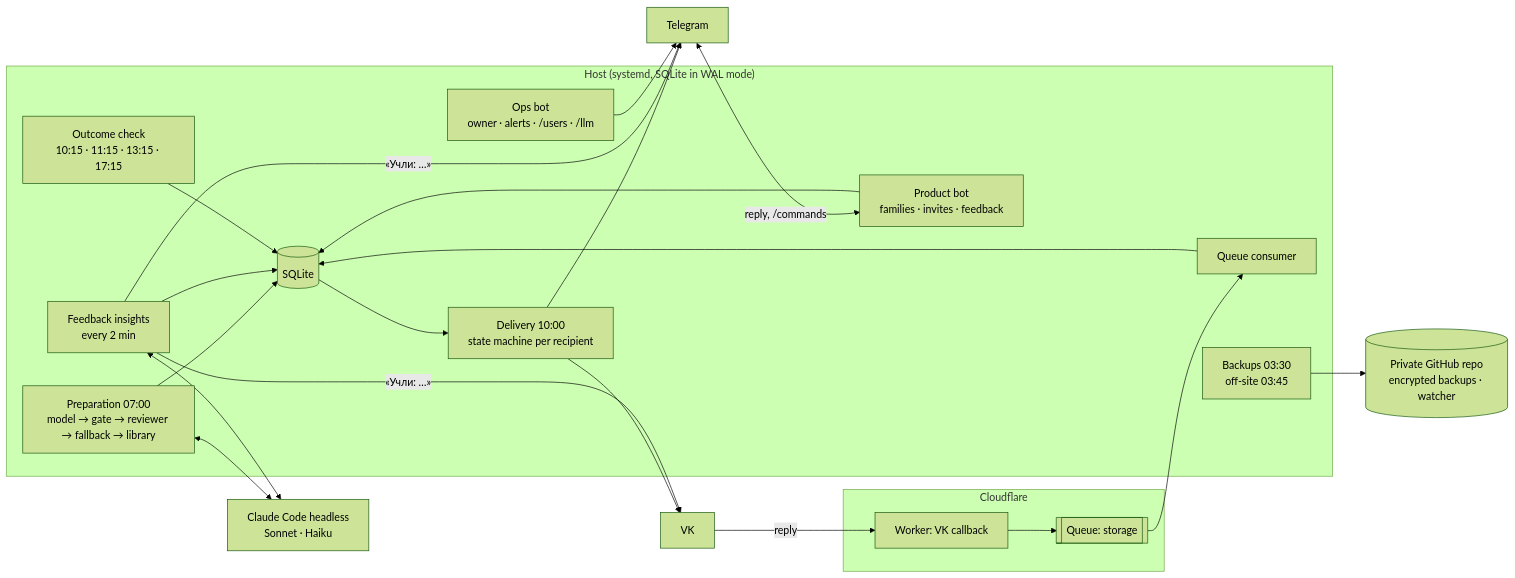
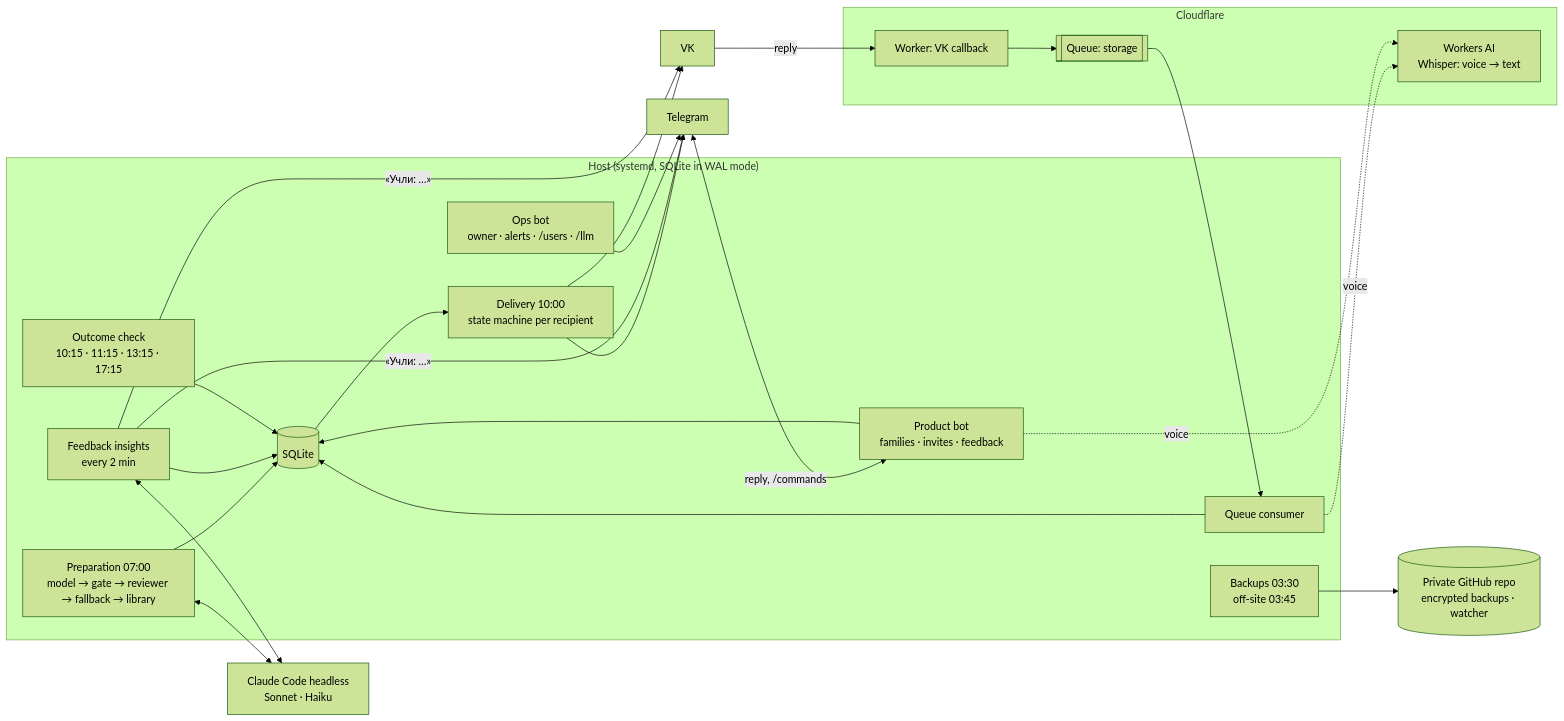
One commit to LukshinVI/game-of-the-day changed the diagram in docs/architecture.md. Above: the diagram before and after it, drawn with Mermaid (forest theme). The commit also changed other lines of this file, not shown here.

Commit message:
docs: architecture matches 2.0 (schema 21, insights every 2 min, cards, buttons, voice, context, album)

````diff
--- a/docs/architecture.md
+++ b/docs/architecture.md
@@ -9,34 +9,36 @@
 ```mermaid
 flowchart LR
     subgraph Host["Host (systemd, SQLite in WAL mode)"]
         PREP[Preparation 07:00<br/>model → gate → reviewer → fallback → library]
         DEL[Delivery 10:00<br/>state machine per recipient]
         CHK[Outcome check<br/>10:15 · 11:15 · 13:15 · 17:15]
         INS[Feedback insights<br/>every 2 min]
         PB[Product bot<br/>families · invites · feedback]
         OB[Ops bot<br/>owner · alerts · /users · /llm]
         CON[Queue consumer]
         BK[Backups 03:30<br/>off-site 03:45]
         DB[(SQLite)]
     end
     subgraph Edge["Cloudflare"]
         W[Worker: VK callback]
         Q[[Queue: storage]]
+        AI[Workers AI<br/>Whisper: voice → text]
     end
     CC[Claude Code headless<br/>Sonnet · Haiku]
     VK[VK]
     TG[Telegram]
     GH[(Private GitHub repo<br/>encrypted backups · watcher)]
 
     PREP <--> CC
     PREP --> DB
     DB --> DEL --> VK & TG
     VK -->|reply| W --> Q --> CON --> DB
     TG <-->|reply, /commands| PB --> DB
+    CON & PB -.->|voice| AI
     INS <--> CC
     INS --> DB
     INS -->|"«Учли: …»"| VK & TG
     CHK --> DB
     OB --> TG
     BK --> GH
 ```
````
